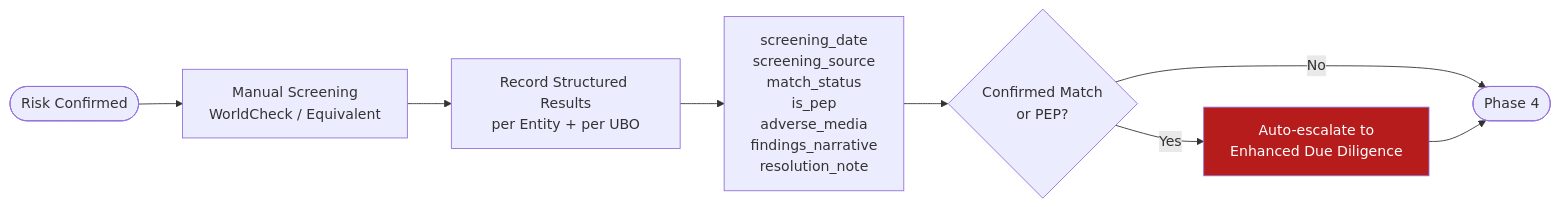
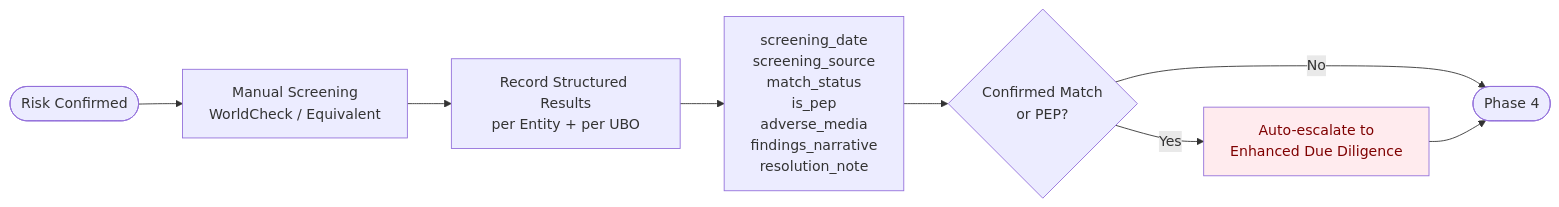
The fifth of 8 diagrams in docs/diagrams/best-practice-e2e.md (mazharr-hussain/KycReport), drawn with Mermaid before and after one commit. The commit also changed other lines of this file and 7 other files, not shown here.

First line of the commit message:
Switch all diagrams to light pastel palette with dark text

````diff
--- a/docs/diagrams/best-practice-e2e.md
+++ b/docs/diagrams/best-practice-e2e.md
@@ -87,12 +87,12 @@
 ```mermaid
 flowchart LR
     NEXT([Risk Confirmed]) --> SCREEN[Manual Screening\nWorldCheck / Equivalent]
     SCREEN --> RECORD[Record Structured Results\nper Entity + per UBO]
     RECORD --> FIELDS[screening_date\nscreening_source\nmatch_status\nis_pep\nadverse_media\nfindings_narrative\nresolution_note]
     FIELDS --> ESCALATE{Confirmed Match\nor PEP?}
     ESCALATE -->|Yes| EDD[Auto-escalate to\nEnhanced Due Diligence]
     ESCALATE -->|No| CONTINUE([Phase 4])
     EDD --> CONTINUE
 
-    style EDD fill:#B71C1C,color:#fff
+    style EDD fill:#FFEBEE,color:#7F0000
 ```
````
